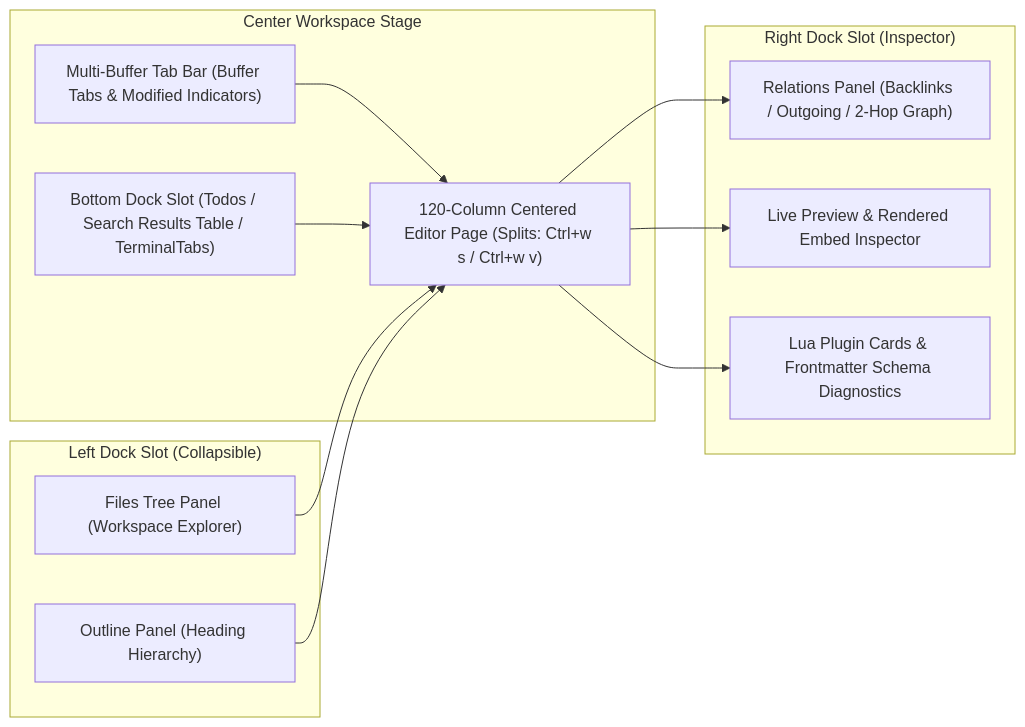
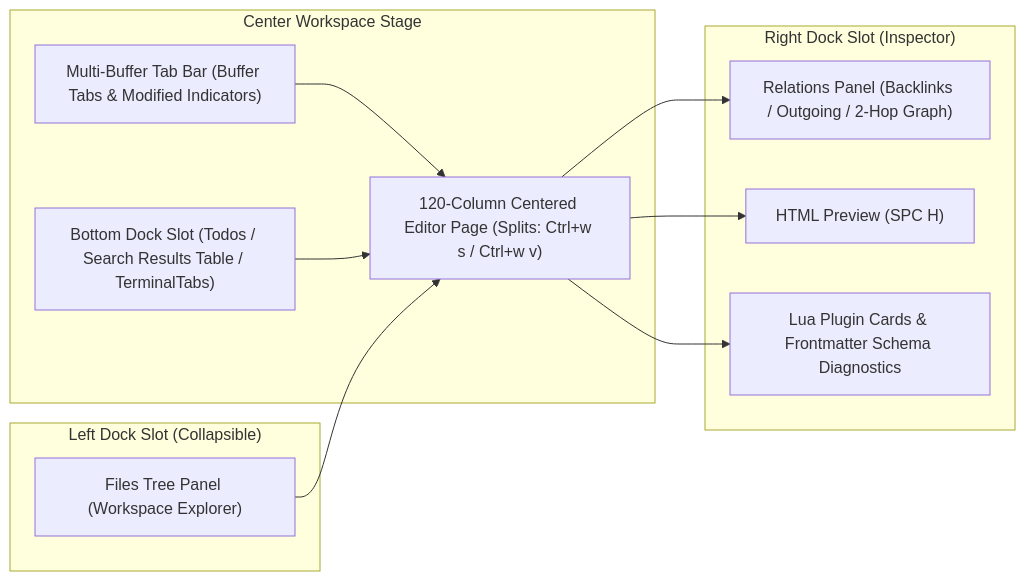
The diagram in docs/reference/03-modal-editor-and-panels/panel-docking-layout.mmd (yongjohnlee80/autodoc), drawn with Mermaid before and after one commit. The commit also changed 3 other files, not shown here.

```diff
--- a/docs/reference/03-modal-editor-and-panels/panel-docking-layout.mmd
+++ b/docs/reference/03-modal-editor-and-panels/panel-docking-layout.mmd
@@ -1,25 +1,23 @@
 flowchart LR
     subgraph LeftDock["Left Dock Slot (Collapsible)"]
         FILES["Files Tree Panel (Workspace Explorer)"]
-        OUTLINE["Outline Panel (Heading Hierarchy)"]
     end
 
     subgraph CenterStage["Center Workspace Stage"]
         TABS["Multi-Buffer Tab Bar (Buffer Tabs & Modified Indicators)"]
         PAGE["120-Column Centered Editor Page (Splits: Ctrl+w s / Ctrl+w v)"]
         BOTTOM["Bottom Dock Slot (Todos / Search Results Table / TerminalTabs)"]
     end
 
     subgraph RightDock["Right Dock Slot (Inspector)"]
         REL["Relations Panel (Backlinks / Outgoing / 2-Hop Graph)"]
-        PREV["Live Preview & Rendered Embed Inspector"]
+        PREV["HTML Preview (SPC H)"]
         CARDS["Lua Plugin Cards & Frontmatter Schema Diagnostics"]
     end
 
     TABS --> PAGE
     FILES --> PAGE
-    OUTLINE --> PAGE
     PAGE --> REL
     PAGE --> PREV
     PAGE --> CARDS
     BOTTOM --> PAGE
```
